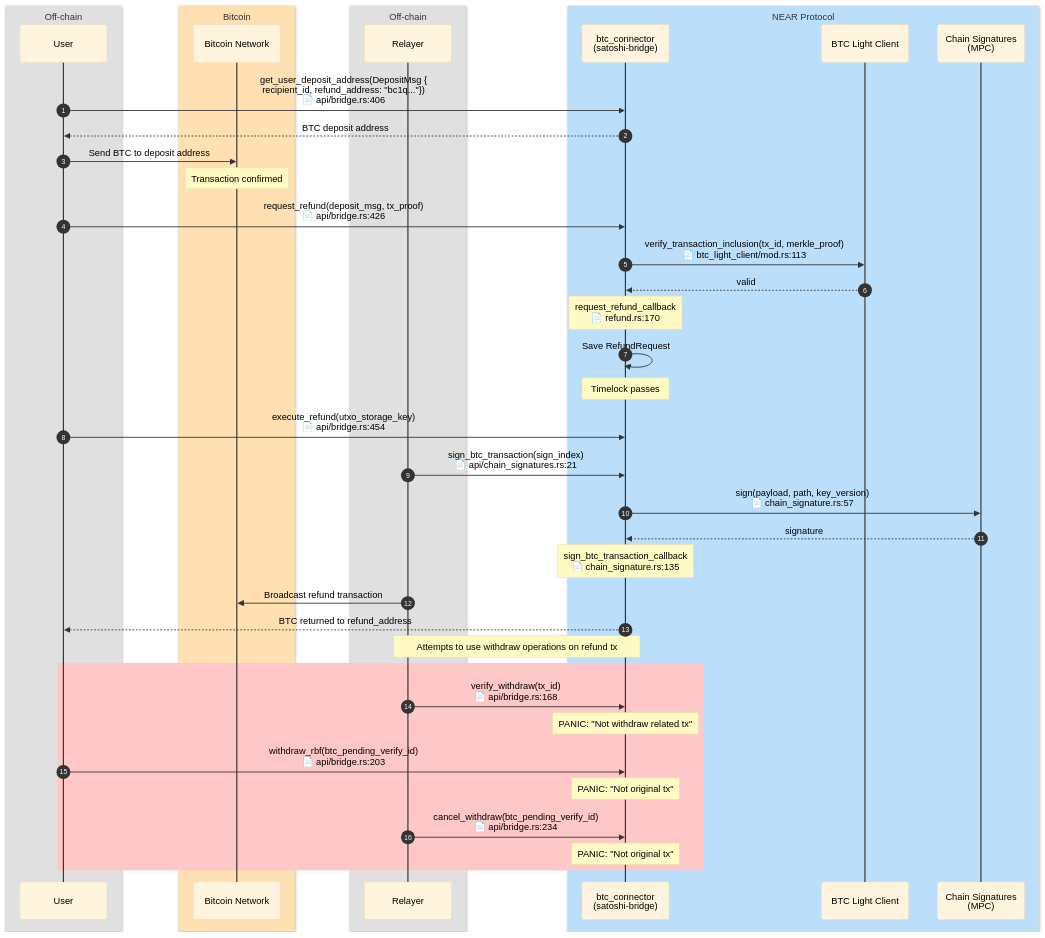
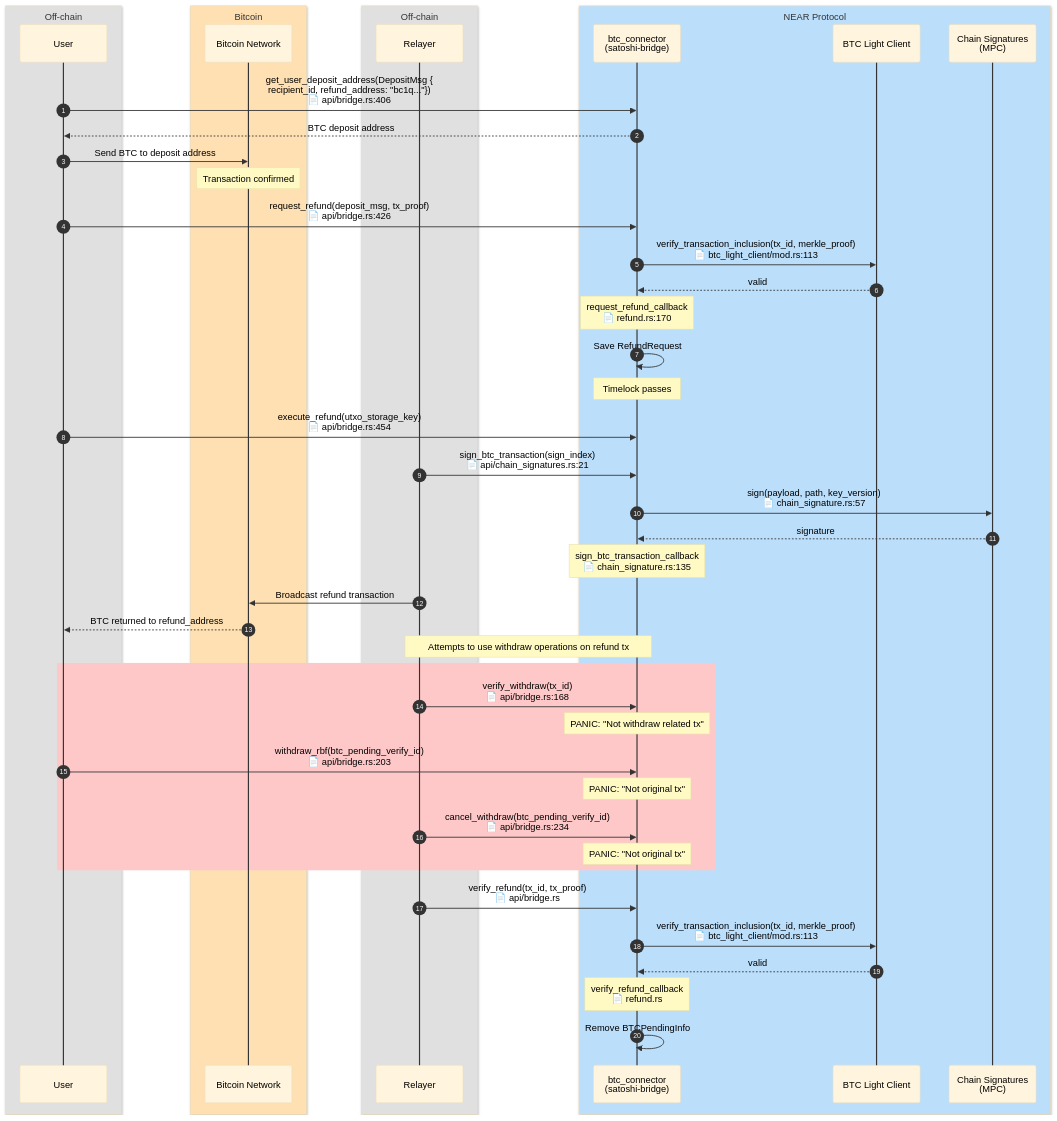
One commit to Near-One/btc-bridge changed the diagram in doc/refund-no-withdraw-flow.md. Above: the diagram before and after it, drawn with Mermaid. The commit also changed 7 other files, not shown here.

Commit message:
add verify_refund

````diff
--- a/doc/refund-no-withdraw-flow.md
+++ b/doc/refund-no-withdraw-flow.md
@@ -25,64 +25,72 @@
 ```mermaid
 %%{init: {'theme': 'base', 'themeVariables': {'actorTextColor': '#000000', 'actorLineColor': '#333333', 'signalColor': '#333333', 'signalTextColor': '#000000', 'noteBkgColor': '#fff9c4', 'noteTextColor': '#000000', 'messageFontSize': '14px'}}}%%
 sequenceDiagram
     autonumber
 
     box rgb(224, 224, 224) Off-chain
         participant U as User
     end
 
     box rgb(255, 224, 178) Bitcoin
         participant BTC as Bitcoin Network
     end
 
     box rgb(224, 224, 224) Off-chain
         participant R as Relayer
     end
 
     box rgb(187, 222, 251) NEAR Protocol
         participant B as btc_connector<br/>(satoshi-bridge)
         participant LC as BTC Light Client
         participant MPC as Chain Signatures<br/>(MPC)
     end
 
     U->>B: get_user_deposit_address(DepositMsg {<br/>recipient_id, refund_address: "bc1q..."})<br/>📄 api/bridge.rs:406
     B-->>U: BTC deposit address
 
     U->>BTC: Send BTC to deposit address
     Note over BTC: Transaction confirmed
 
     U->>B: request_refund(deposit_msg, tx_proof)<br/>📄 api/bridge.rs:426
 
     B->>LC: verify_transaction_inclusion(tx_id, merkle_proof)<br/>📄 btc_light_client/mod.rs:113
     LC-->>B: valid
 
     Note over B: request_refund_callback<br/>📄 refund.rs:170
     B->>B: Save RefundRequest
 
     Note over B: Timelock passes
 
     U->>B: execute_refund(utxo_storage_key)<br/>📄 api/bridge.rs:454
 
     R->>B: sign_btc_transaction(sign_index)<br/>📄 api/chain_signatures.rs:21
 
     B->>MPC: sign(payload, path, key_version)<br/>📄 chain_signature.rs:57
     MPC-->>B: signature
 
     Note over B: sign_btc_transaction_callback<br/>📄 chain_signature.rs:135
 
     R->>BTC: Broadcast refund transaction
-    B-->>U: BTC returned to refund_address
+    BTC-->>U: BTC returned to refund_address
 
     Note over R,B: Attempts to use withdraw operations on refund tx
 
     rect rgb(255, 200, 200)
         R->>B: verify_withdraw(tx_id)<br/>📄 api/bridge.rs:168
         Note over B: PANIC: "Not withdraw related tx"
 
         U->>B: withdraw_rbf(btc_pending_verify_id)<br/>📄 api/bridge.rs:203
         Note over B: PANIC: "Not original tx"
 
         R->>B: cancel_withdraw(btc_pending_verify_id)<br/>📄 api/bridge.rs:234
         Note over B: PANIC: "Not original tx"
     end
+
+    R->>B: verify_refund(tx_id, tx_proof)<br/>📄 api/bridge.rs
+
+    B->>LC: verify_transaction_inclusion(tx_id, merkle_proof)<br/>📄 btc_light_client/mod.rs:113
+    LC-->>B: valid
+
+    Note over B: verify_refund_callback<br/>📄 refund.rs
+    B->>B: Remove BTCPendingInfo
 ```
````
